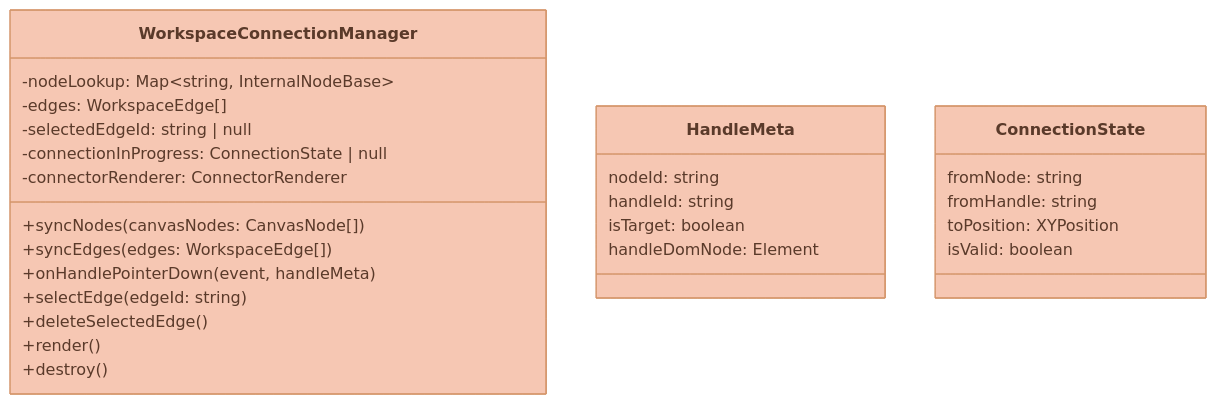
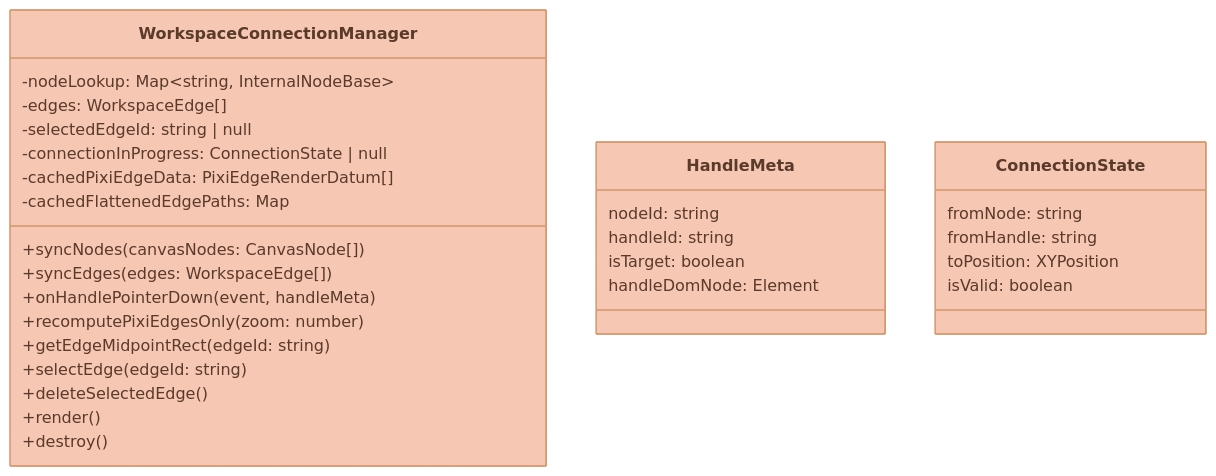
Diagram 13 of 17 in documentation/features/WORKSPACE-FEATURE.md (Lixpi/lixpi), drawn with Mermaid before and after one commit. The commit also changed other lines of this file and 27 other files, not shown here.

Commit message:
LIX-168 # PIXI-only workspace connectors; remove PIXI init failure fallback

````diff
--- a/documentation/features/WORKSPACE-FEATURE.md
+++ b/documentation/features/WORKSPACE-FEATURE.md
@@ -871,33 +869,36 @@
 ```mermaid
 %%{init: {'theme': 'base', 'themeVariables': { 'primaryColor': '#F6C7B3', 'primaryTextColor': '#5a3a2a', 'primaryBorderColor': '#d4956a', 'secondaryColor': '#C3DEDD', 'secondaryTextColor': '#1a3a47', 'secondaryBorderColor': '#4a8a9d', 'tertiaryColor': '#DCECE9', 'tertiaryTextColor': '#1a3a47', 'tertiaryBorderColor': '#82B2C0', 'lineColor': '#d4956a', 'textColor': '#5a3a2a'}}}%%
 classDiagram
     class WorkspaceConnectionManager {
         -nodeLookup: Map~string, InternalNodeBase~
         -edges: WorkspaceEdge[]
         -selectedEdgeId: string | null
         -connectionInProgress: ConnectionState | null
-        -connectorRenderer: ConnectorRenderer
+        -cachedPixiEdgeData: PixiEdgeRenderDatum[]
+        -cachedFlattenedEdgePaths: Map
 
         +syncNodes(canvasNodes: CanvasNode[])
         +syncEdges(edges: WorkspaceEdge[])
         +onHandlePointerDown(event, handleMeta)
+        +recomputePixiEdgesOnly(zoom: number)
+        +getEdgeMidpointRect(edgeId: string)
         +selectEdge(edgeId: string)
         +deleteSelectedEdge()
         +render()
         +destroy()
     }
 
     class HandleMeta {
         nodeId: string
         handleId: string
         isTarget: boolean
         handleDomNode: Element
     }
 
     class ConnectionState {
         fromNode: string
         fromHandle: string
         toPosition: XYPosition
         isValid: boolean
     }
 ```
````
